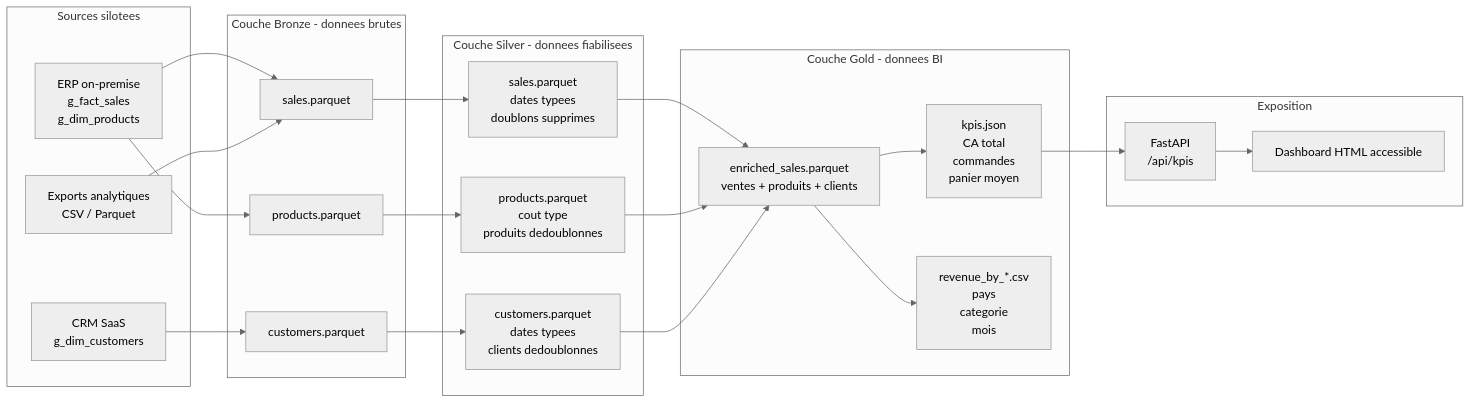
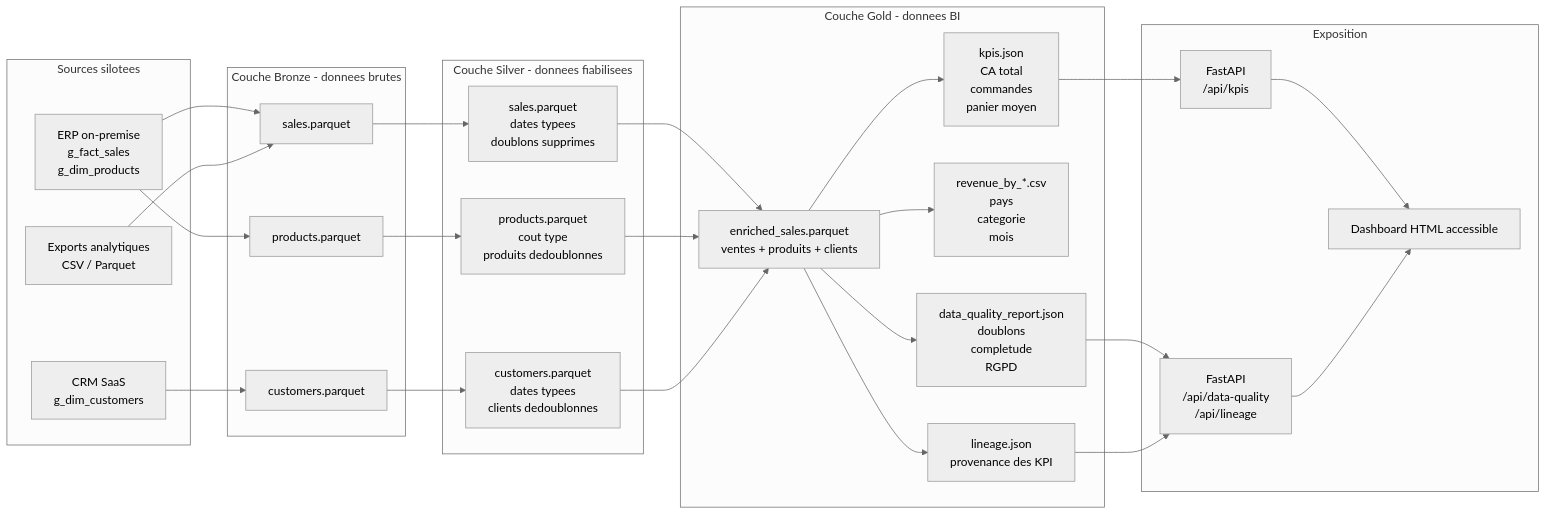
The diagram in diagrams/ingestion_flow.md (Feinst69/Strategic_Lakehouse), drawn with Mermaid (neutral theme) before and after one commit. The commit also changed other lines of this file and 14 other files, not shown here.

Commit message:
Update: add quality testing for data

````diff
--- a/diagrams/ingestion_flow.md
+++ b/diagrams/ingestion_flow.md
@@ -3,49 +3,57 @@
 ```mermaid
 flowchart LR
     subgraph Sources["Sources silotees"]
         ERP["ERP on-premise<br/>g_fact_sales<br/>g_dim_products"]
         CRM["CRM SaaS<br/>g_dim_customers"]
         Exports["Exports analytiques<br/>CSV / Parquet"]
     end
 
     subgraph Bronze["Couche Bronze - donnees brutes"]
         BSales["sales.parquet"]
         BProducts["products.parquet"]
         BCustomers["customers.parquet"]
     end
 
     subgraph Silver["Couche Silver - donnees fiabilisees"]
         SSales["sales.parquet<br/>dates typees<br/>doublons supprimes"]
         SProducts["products.parquet<br/>cout type<br/>produits dedoublonnes"]
         SCustomers["customers.parquet<br/>dates typees<br/>clients dedoublonnes"]
     end
 
     subgraph Gold["Couche Gold - donnees BI"]
         Enriched["enriched_sales.parquet<br/>ventes + produits + clients"]
         KPIs["kpis.json<br/>CA total<br/>commandes<br/>panier moyen"]
         Aggs["revenue_by_*.csv<br/>pays<br/>categorie<br/>mois"]
+        Quality["data_quality_report.json<br/>doublons<br/>completude<br/>RGPD"]
+        Lineage["lineage.json<br/>provenance des KPI"]
     end
 
     subgraph Exposure["Exposition"]
         API["FastAPI<br/>/api/kpis"]
+        QualityAPI["FastAPI<br/>/api/data-quality<br/>/api/lineage"]
         Dashboard["Dashboard HTML accessible"]
     end
 
     ERP --> BSales
     ERP --> BProducts
     CRM --> BCustomers
     Exports --> BSales
 
     BSales --> SSales
     BProducts --> SProducts
     BCustomers --> SCustomers
 
     SSales --> Enriched
     SProducts --> Enriched
     SCustomers --> Enriched
 
     Enriched --> KPIs
     Enriched --> Aggs
+    Enriched --> Quality
+    Enriched --> Lineage
     KPIs --> API
+    Quality --> QualityAPI
+    Lineage --> QualityAPI
     API --> Dashboard
+    QualityAPI --> Dashboard
 ```
````
